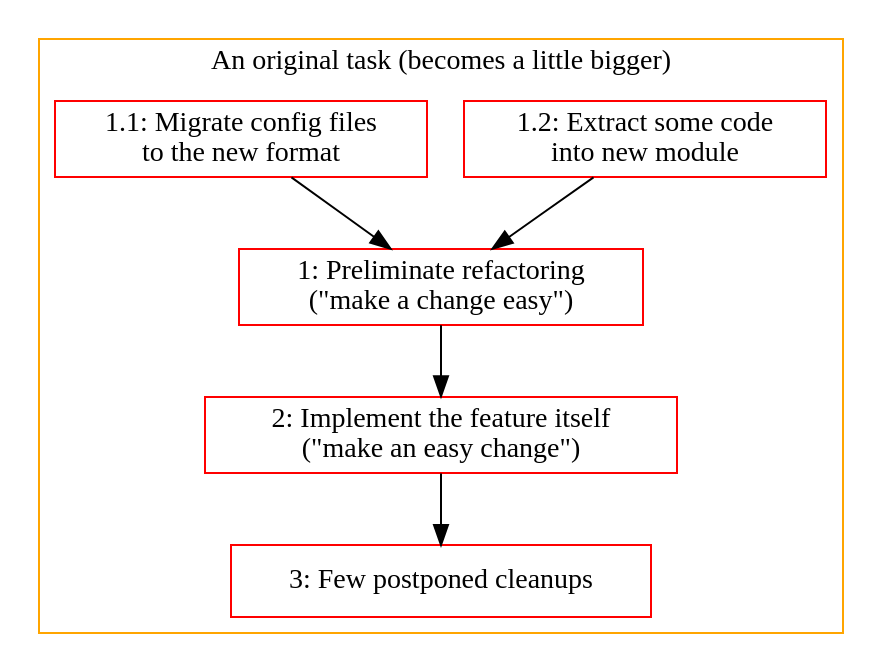
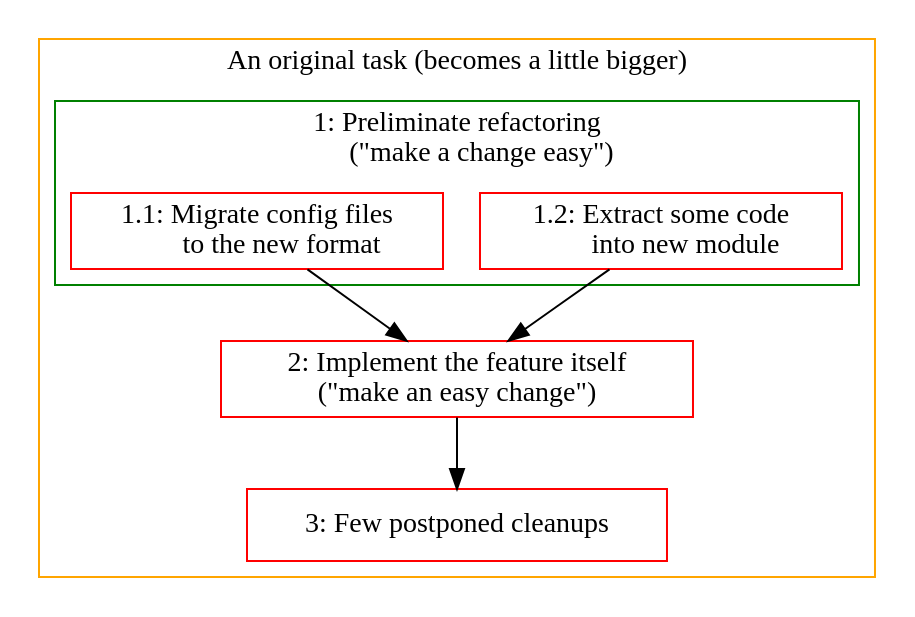
Before and after one commit to ahitrin/ahitrin.github.com: the diagram in src/fractals-vs-lists/2.dot, drawn with Graphviz. The commit also changed 6 other files, not shown here.

```diff
--- a/src/fractals-vs-lists/2.dot
+++ b/src/fractals-vs-lists/2.dot
@@ -1,21 +1,24 @@
 digraph g {
 node [shape=box, color=red];
 edge [color=black];
 subgraph cluster_0 {
     color=orange;
     label = "An original task (becomes a little bigger)";
-2 [label="1: Preliminate refactoring
-(&quot;make a change easy&quot;)"];
+    subgraph cluster_1 {
+        color = green;
+        label="1: Preliminate refactoring
+        (&quot;make a change easy&quot;)";
+
+        5 [label="1.2: Extract some code
+        into new module"];
+        6 [label="1.1: Migrate config files
+        to the new format"];
+    }
 3 [label="2: Implement the feature itself
 (&quot;make an easy change&quot;)"];
 4 [label="3: Few postponed cleanups"];
-5 [label="1.2: Extract some code
-into new module"];
-6 [label="1.1: Migrate config files
-to the new format"];
-2 -> 3;
+5 -> 3;
+6 -> 3
 3 -> 4;
-5 -> 2;
-6 -> 2;
 }
 }
```
